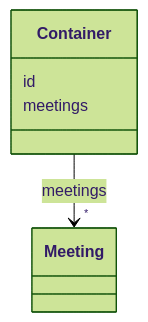
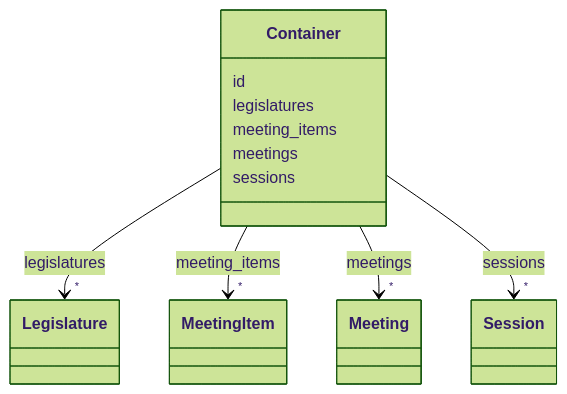
Before and after one commit to swiss/political-affairs-ech-group: the diagram in G1_operations_echXXXX/output/docs/Container.md, drawn with Mermaid (forest theme). The commit also changed other lines of this file and 42 other files, not shown here.

````diff
--- a/G1_operations_echXXXX/output/docs/Container.md
+++ b/G1_operations_echXXXX/output/docs/Container.md
@@ -14,19 +14,52 @@
 ```mermaid
  classDiagram
     class Container
     click Container href "../Container"
       Container : id
+        
+      Container : legislatures
+        
+          
+    
+        
+        
+        Container --> "*" Legislature : legislatures
+        click Legislature href "../Legislature"
+    
+
+        
+      Container : meeting_items
+        
+          
+    
+        
+        
+        Container --> "*" MeetingItem : meeting_items
+        click MeetingItem href "../MeetingItem"
+    
+
         
       Container : meetings
         
           
     
         
         
         Container --> "*" Meeting : meetings
         click Meeting href "../Meeting"
     
 
         
+      Container : sessions
+        
+          
+    
+        
+        
+        Container --> "*" Session : sessions
+        click Session href "../Session"
+    
+
+        
       
 ```
````
